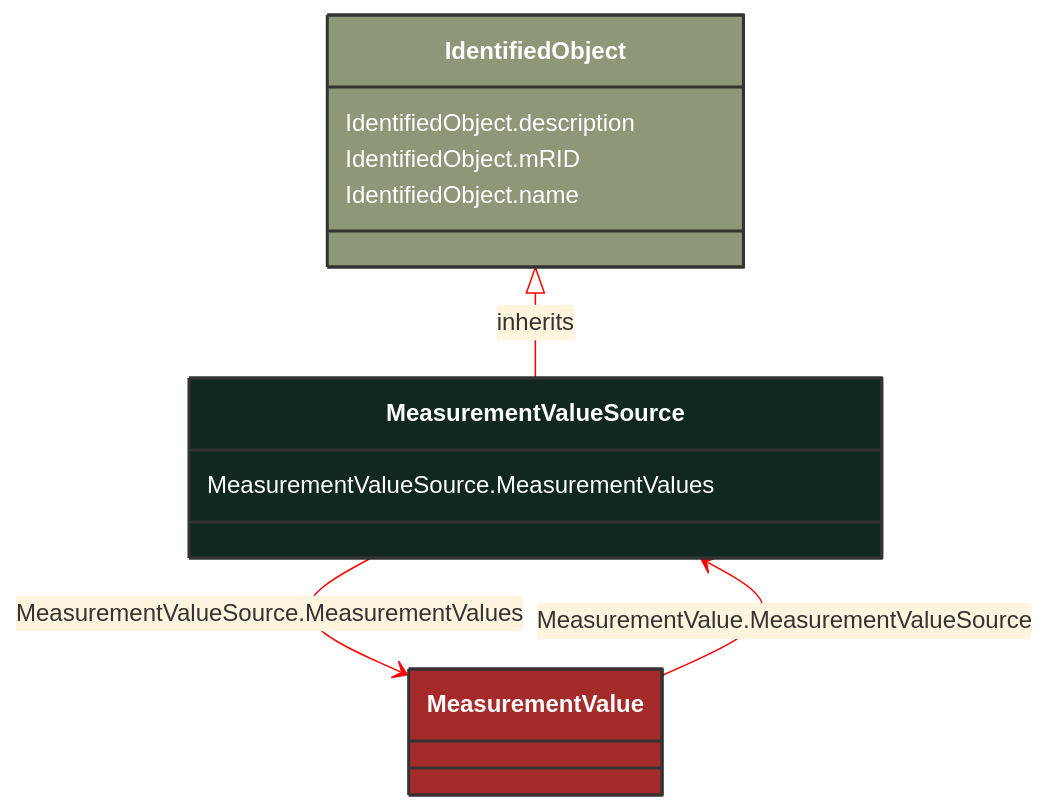
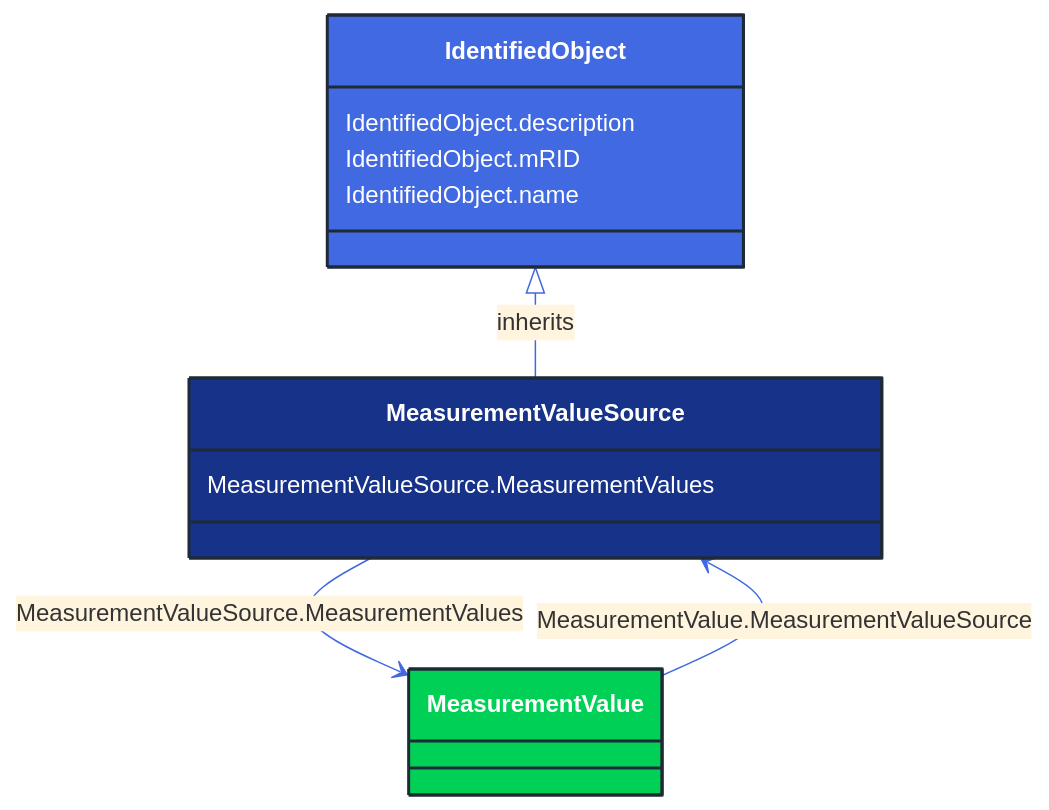
Before and after one commit to 3lbits/NoCIMExtensions: the diagram in docs/Models/Profiles/Operation/ConcreteClasses/MeasurementValueSource.md, drawn with Mermaid. The commit also changed 362 other files, not shown here.

First line of the commit message:
Update diagrams and styles for improved visual consistency

````diff
--- a/docs/Models/Profiles/Operation/ConcreteClasses/MeasurementValueSource.md
+++ b/docs/Models/Profiles/Operation/ConcreteClasses/MeasurementValueSource.md
@@ -8,29 +8,29 @@
 ```mermaid
-%%{init: {'theme':'base','themeVariables': {'lineColor': '#FF0000'}}}%%
+%%{init: {'theme':'base','themeVariables': {'lineColor': '#4169E1'}}}%%
 classDiagram
     class MeasurementValueSource
     click MeasurementValueSource href "/Models/Profiles/Operation/ConcreteClasses/MeasurementValueSource/"
-    style MeasurementValueSource fill:#102820,stroke:#333,stroke-width:2px,rx:10,ry:10,color:white
+    style MeasurementValueSource fill:#163289,stroke:#1F2A37,stroke-width:2px,rx:10,ry:10,color:white
      
         IdentifiedObject <|-- MeasurementValueSource : inherits
             click IdentifiedObject href "/Models/Profiles/Operation/AbstractClasses/IdentifiedObject/"
-            style IdentifiedObject fill:#8F9779,stroke:#333,stroke-width:2px,rx:10,ry:10,color:white
+            style IdentifiedObject fill:#4169E1,stroke:#1F2A37,stroke-width:2px,rx:10,ry:10,color:white
 
         MeasurementValueSource --> MeasurementValue : MeasurementValueSource.MeasurementValues
 
         MeasurementValue
             click MeasurementValue href "/Models/Profiles/Operation/AbstractClasses/MeasurementValue/"
-            style MeasurementValue fill:#A52A2A,stroke:#333,stroke-width:2px,rx:10,ry:10,color:white
+            style MeasurementValue fill:#00D156,stroke:#1F2A37,stroke-width:2px,rx:10,ry:10,color:white
 
         MeasurementValue --> MeasurementValueSource : MeasurementValue.MeasurementValueSource
 
         MeasurementValue
             click MeasurementValue href "/Models/Profiles/Operation/AbstractClasses/MeasurementValue/"
-            style MeasurementValue fill:#A52A2A,stroke:#333,stroke-width:2px,rx:10,ry:10,color:white
+            style MeasurementValue fill:#00D156,stroke:#1F2A37,stroke-width:2px,rx:10,ry:10,color:white
 
 
         MeasurementValueSource : MeasurementValueSource.MeasurementValues
         IdentifiedObject : IdentifiedObject.description
         IdentifiedObject : IdentifiedObject.mRID
         IdentifiedObject : IdentifiedObject.name
 ```
````
